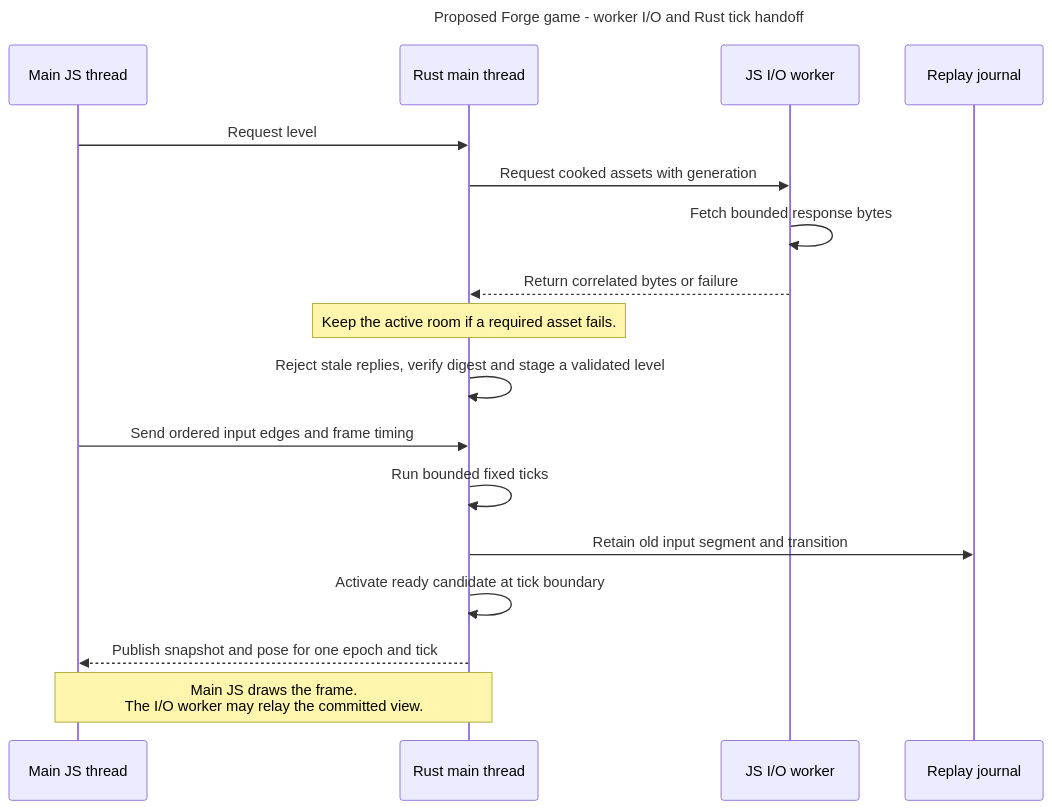
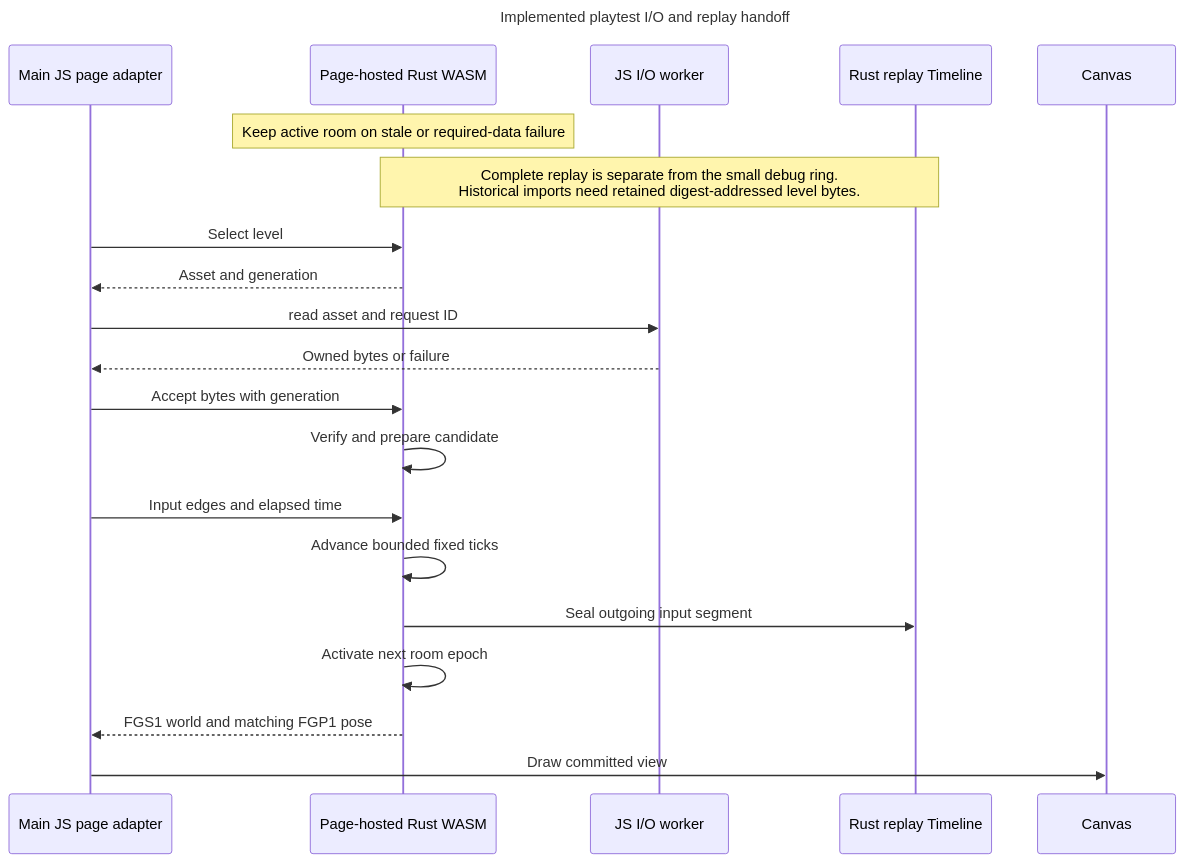
One commit to roachmaster/homelab changed the diagram in docs/architecture/diagrams/mermaid/forge-game-worker-handoff.mmd. Above: the diagram before and after it, drawn with Mermaid. The commit also changed 120 other files, not shown here.

Commit message:
docs: align Forge designs with implemented capabilities

```diff
--- a/docs/architecture/diagrams/mermaid/forge-game-worker-handoff.mmd
+++ b/docs/architecture/diagrams/mermaid/forge-game-worker-handoff.mmd
@@ -1,20 +1,23 @@
 ---
-title: Proposed Forge game - worker I/O and Rust tick handoff
+title: Implemented playtest I/O and replay handoff
 ---
 sequenceDiagram
-    participant M as Main JS thread
-    participant R as Rust main thread
+    participant M as Main JS page adapter
+    participant R as Page-hosted Rust WASM
     participant W as JS I/O worker
-    participant J as Replay journal
-    M->>R: Request level
-    R->>W: Request cooked assets with generation
-    W->>W: Fetch bounded response bytes
-    W-->>R: Return correlated bytes or failure
-    Note over R: Keep the active room if a required asset fails.
-    R->>R: Reject stale replies, verify digest and stage a validated level
-    M->>R: Send ordered input edges and frame timing
-    R->>R: Run bounded fixed ticks
-    R->>J: Retain old input segment and transition
-    R->>R: Activate ready candidate at tick boundary
-    R-->>M: Publish snapshot and pose for one epoch and tick
-    Note over M,R: Main JS draws the frame.<br/>The I/O worker may relay the committed view.
+    participant J as Rust replay Timeline
+    participant C as Canvas
+    Note over R: Keep active room on stale or required-data failure
+    Note over R,J: Complete replay is separate from the small debug ring.<br/>Historical imports need retained digest-addressed level bytes.
+    M->>R: Select level
+    R-->>M: Asset and generation
+    M->>W: read asset and request ID
+    W-->>M: Owned bytes or failure
+    M->>R: Accept bytes with generation
+    R->>R: Verify and prepare candidate
+    M->>R: Input edges and elapsed time
+    R->>R: Advance bounded fixed ticks
+    R->>J: Seal outgoing input segment
+    R->>R: Activate next room epoch
+    R-->>M: FGS1 world and matching FGP1 pose
+    M->>C: Draw committed view
```
